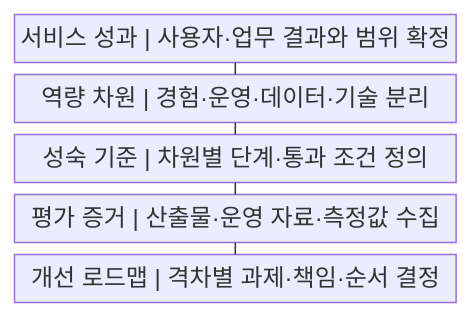
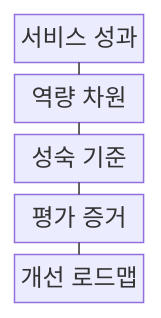
The first of 2 diagrams in src/content/docs/notes/03-software/229_digital_service_maturity_model.md (agnusdei1207/knowledge-base), drawn with Mermaid before and after one commit. The commit also changed other lines of this file and 238 other files, not shown here.

````diff
--- a/src/content/docs/notes/03-software/229_digital_service_maturity_model.md
+++ b/src/content/docs/notes/03-software/229_digital_service_maturity_model.md
@@ -53,13 +53,13 @@
 ```mermaid
-block
+block-beta
     columns 1
-    A["서비스 성과 | 사용자·업무 결과와 범위 확정"]
-    B["역량 차원 | 경험·운영·데이터·기술 분리"]
-    C["성숙 기준 | 차원별 단계·통과 조건 정의"]
-    D["평가 증거 | 산출물·운영 자료·측정값 수집"]
-    E["개선 로드맵 | 격차별 과제·책임·순서 결정"]
+    A["서비스 성과"]
+    B["역량 차원"]
+    C["성숙 기준"]
+    D["평가 증거"]
+    E["개선 로드맵"]
     A --- B
     B --- C
     C --- D
     D --- E
 ```
````
